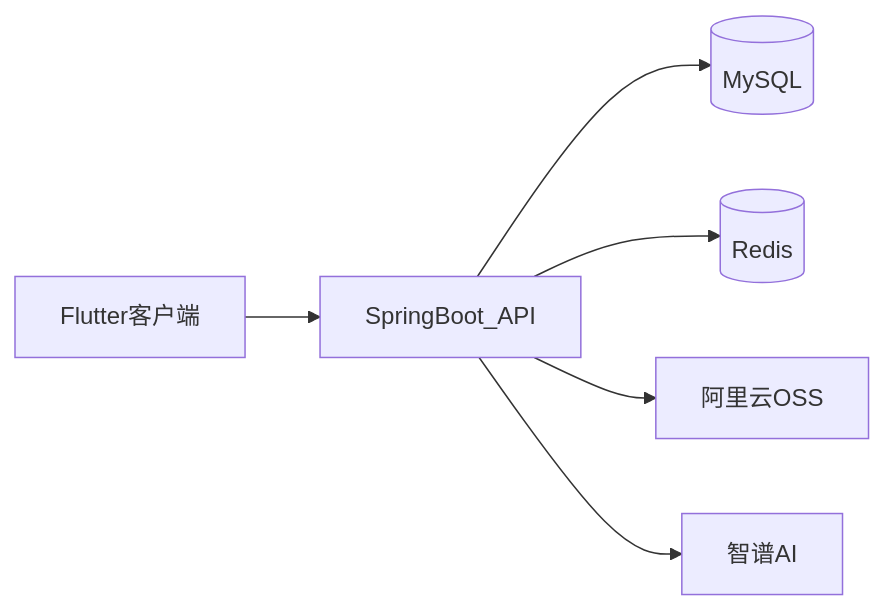
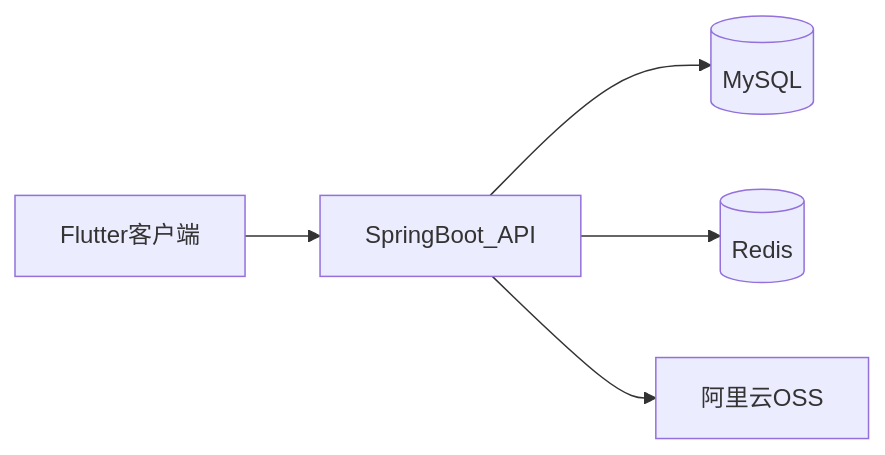
The diagram in README.md (liberty-ask/xiji), drawn with Mermaid before and after one commit. The commit also changed other lines of this file and 5 other files, not shown here.

````diff
--- a/README.md
+++ b/README.md
@@ -40,8 +40,7 @@
 ```mermaid
 flowchart LR
   FlutterApp[Flutter客户端] --> Api[SpringBoot_API]
   Api --> MySQL[(MySQL)]
   Api --> Redis[(Redis)]
   Api --> OSS[阿里云OSS]
-  Api --> Zhipu[智谱AI]
 ```
````
